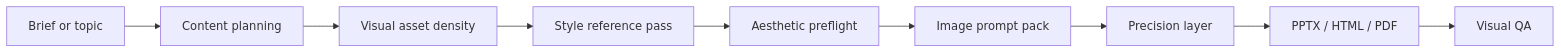
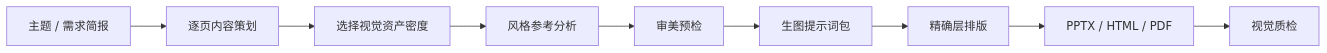
One commit to Phantomlau3674/steven-superppt-skill changed the diagram in README.md. Above: the diagram before and after it, drawn with Mermaid. The commit also changed other lines of this file, not shown here.

````diff
--- a/README.md
+++ b/README.md
@@ -35,11 +35,11 @@
 ```mermaid
 flowchart LR
-  A["Brief or topic"] --> B["Content planning"]
-  B --> C["Visual asset density"]
-  C --> D["Style reference pass"]
-  D --> E["Aesthetic preflight"]
-  E --> F["Image prompt pack"]
-  F --> G["Precision layer"]
+  A["主题 / 需求简报"] --> B["逐页内容策划"]
+  B --> C["选择视觉资产密度"]
+  C --> D["风格参考分析"]
+  D --> E["审美预检"]
+  E --> F["生图提示词包"]
+  F --> G["精确层排版"]
   G --> H["PPTX / HTML / PDF"]
-  H --> I["Visual QA"]
+  H --> I["视觉质检"]
 ```
````
